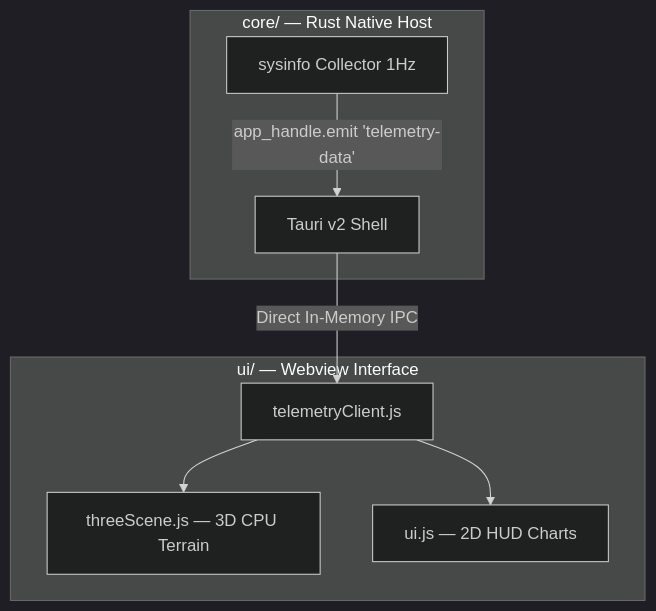
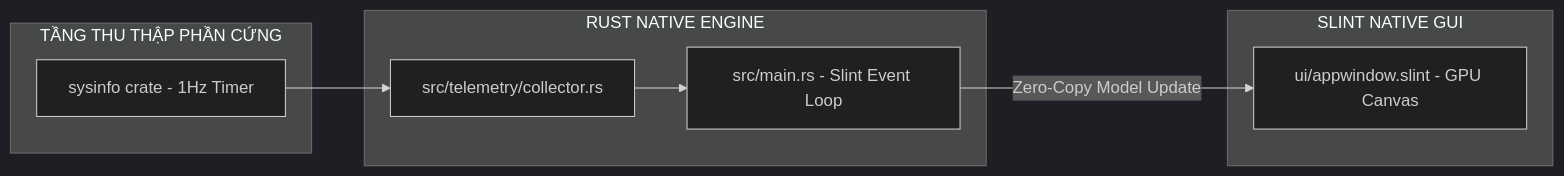
Before and after one commit to ryantr-statinops/Orbit-System-Manager: the diagram in README.md, drawn with Mermaid (dark theme). The commit also changed other lines of this file and 1 other file, not shown here.

Commit message:
docs: update README and gitignore for Pure Rust and Slint architecture

````diff
--- a/README.md
+++ b/README.md
@@ -84,18 +28,18 @@
 ```mermaid
-graph TD
-    subgraph Core_Rust [core/ — Rust Native Host]
-        TauriHost[Tauri v2 Shell]
-        Telemetry[sysinfo Collector 1Hz]
-        Telemetry -->|app_handle.emit 'telemetry-data'| TauriHost
+graph LR
+    subgraph Hardware_Layer [TẦNG THU THẬP PHẦN CỨNG]
+        Sysinfo[sysinfo crate - 1Hz Timer]
     end
 
-    subgraph UI_Web [ui/ — Webview Interface]
-        Client[telemetryClient.js]
-        ThreeJS[threeScene.js — 3D CPU Terrain]
-        CanvasHUD[ui.js — 2D HUD Charts]
-        Client --> ThreeJS
-        Client --> CanvasHUD
+    subgraph Core_Engine [RUST NATIVE ENGINE]
+        MainLoop[src/main.rs - Slint Event Loop]
+        Collector[src/telemetry/collector.rs]
+        Sysinfo --> Collector
+        Collector --> MainLoop
     end
 
-    TauriHost -->|Direct In-Memory IPC| Client
+    subgraph UI_Surface [SLINT NATIVE GUI]
+        SlintView[ui/appwindow.slint - GPU Canvas]
+        MainLoop -->|Zero-Copy Model Update| SlintView
+    end
 ```
````
